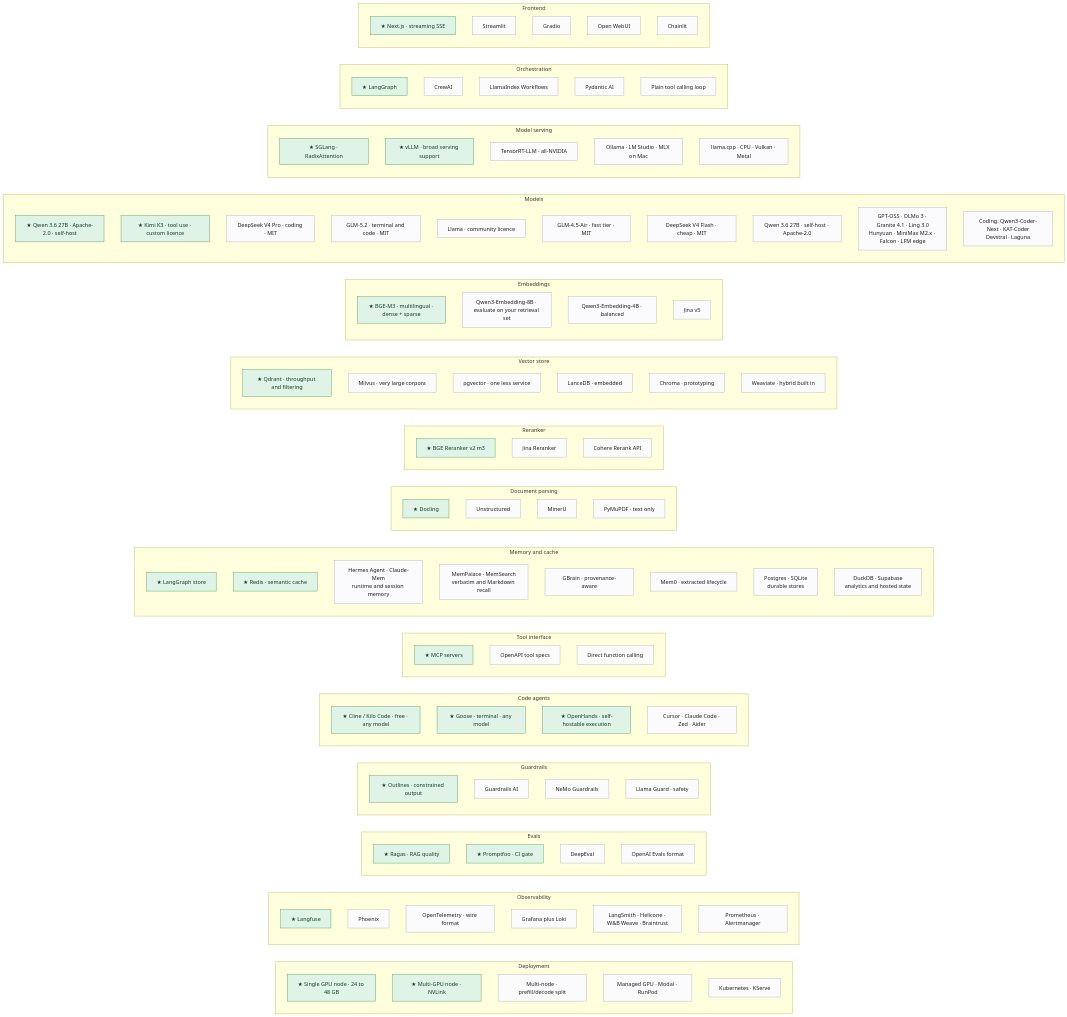
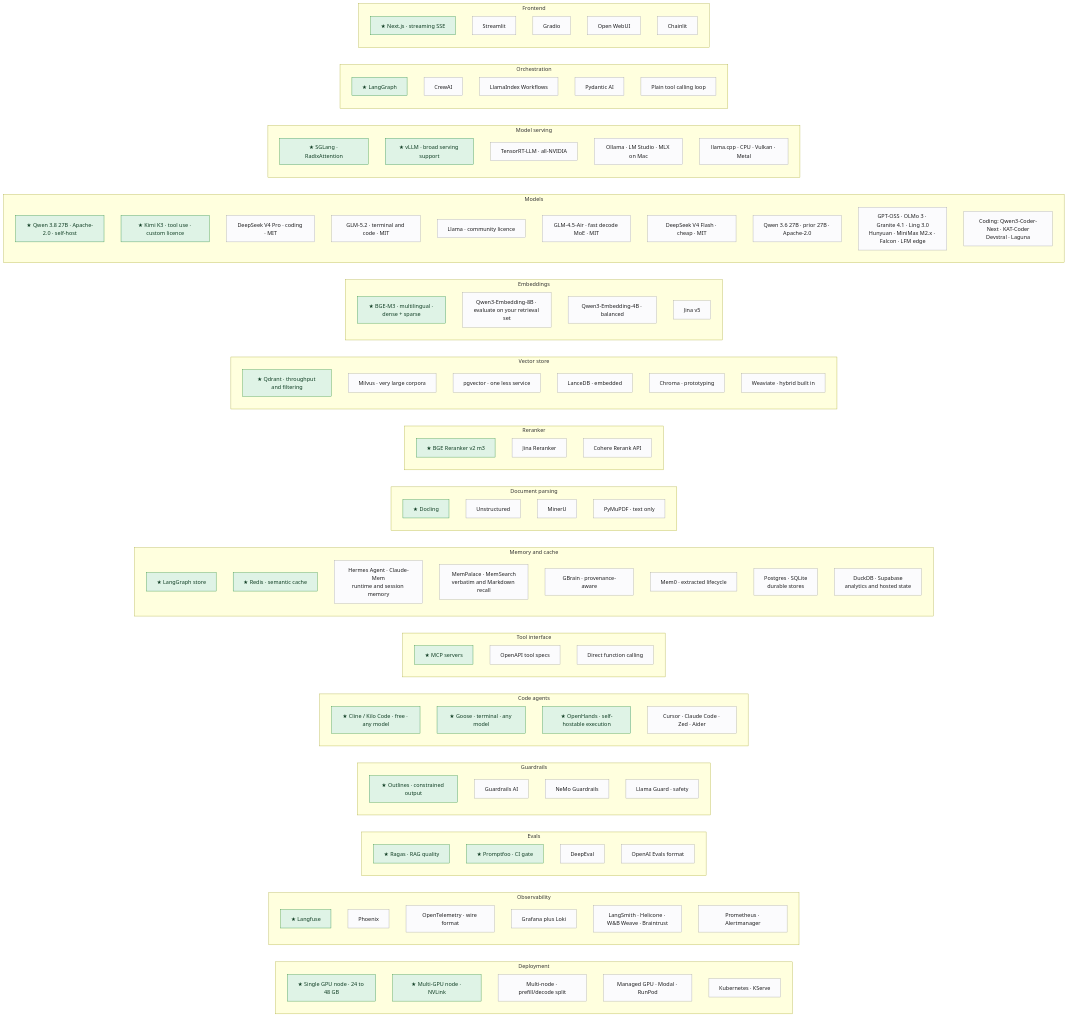
Before and after one commit to mlvpatel/open-weight-agent-stack: diagram 18 of 20 in MANUAL.md, drawn with Mermaid. The commit also changed other lines of this file and 56 other files, not shown here.

```diff
--- a/MANUAL.md
+++ b/MANUAL.md
@@ -1563,14 +1682,14 @@
         EM4["Jina v5"]
     end
     subgraph CAT_MD["Models"]
-        MD1["★ Qwen 3.6 27B · Apache-2.0 · self-host"]
+        MD1["★ Qwen 3.8 27B · Apache-2.0 · self-host"]
         MD2["★ Kimi K3 · tool use · custom licence"]
         MD3["DeepSeek V4 Pro · coding · MIT"]
         MD4["GLM-5.2 · terminal and code · MIT"]
         MD5["Llama · community licence"]
-        MD6["GLM-4.5-Air · fast tier · MIT"]
+        MD6["GLM-4.5-Air · fast decode MoE · MIT"]
         MD7["DeepSeek V4 Flash · cheap · MIT"]
-        MD8["Qwen 3.6 27B · self-host · Apache-2.0"]
+        MD8["Qwen 3.6 27B · prior 27B · Apache-2.0"]
         MD9["GPT-OSS · OLMo 3 · Granite 4.1 · Ling 3.0<br/>Hunyuan · MiniMax M2.x · Falcon · LFM edge"]
         MD10["Coding: Qwen3-Coder-Next · KAT-Coder<br/>Devstral · Laguna"]
     end
```
